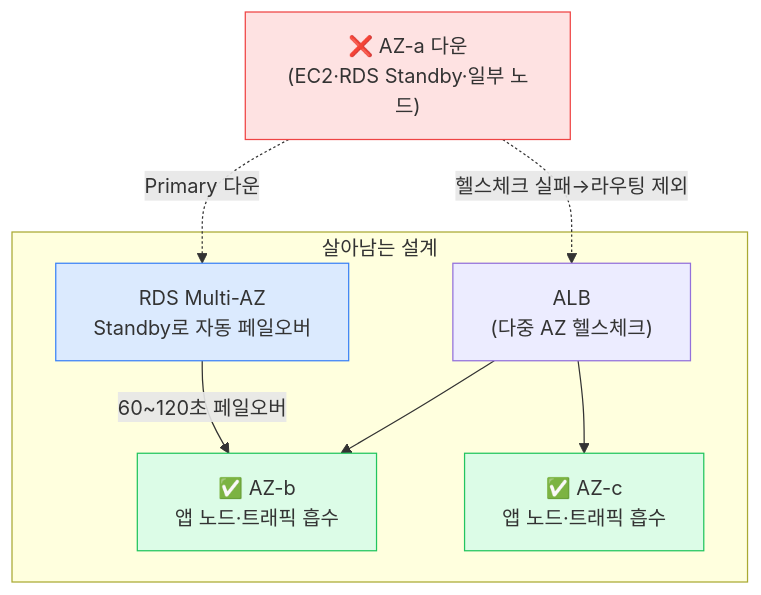
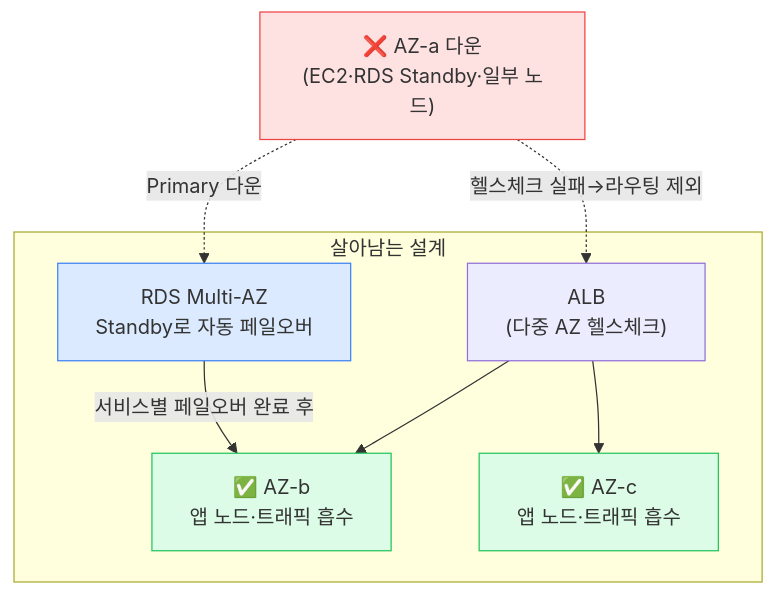
Before and after one commit to hyeongseoblim/systemdesign: the fifth of 5 diagrams in apps/api/src/main/resources/content/infra-07-interview-incident.md, drawn with Mermaid. The commit also changed other lines of this file and 96 other files, not shown here.

````diff
--- a/apps/api/src/main/resources/content/infra-07-interview-incident.md
+++ b/apps/api/src/main/resources/content/infra-07-interview-incident.md
@@ -260,19 +260,19 @@
 ```mermaid
 flowchart TB
     AZa["❌ AZ-a 다운\n(EC2·RDS Standby·일부 노드)"]
     subgraph Survive["살아남는 설계"]
         ALB["ALB\n(다중 AZ 헬스체크)"]
         AZb["✅ AZ-b\n앱 노드·트래픽 흡수"]
         AZc["✅ AZ-c\n앱 노드·트래픽 흡수"]
         RDS["RDS Multi-AZ\nStandby로 자동 페일오버"]
     end
     AZa -.->|"헬스체크 실패→라우팅 제외"| ALB
     ALB --> AZb
     ALB --> AZc
     AZa -.->|"Primary 다운"| RDS
-    RDS -->|"60~120초 페일오버"| AZb
+    RDS -->|"서비스별 페일오버 완료 후"| AZb
     style AZa fill:#fee2e2,stroke:#ef4444
     style AZb fill:#dcfce7,stroke:#22c55e
     style AZc fill:#dcfce7,stroke:#22c55e
     style RDS fill:#dbeafe,stroke:#3b82f6
 ```
````
